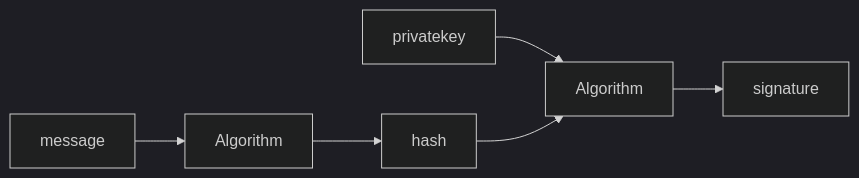
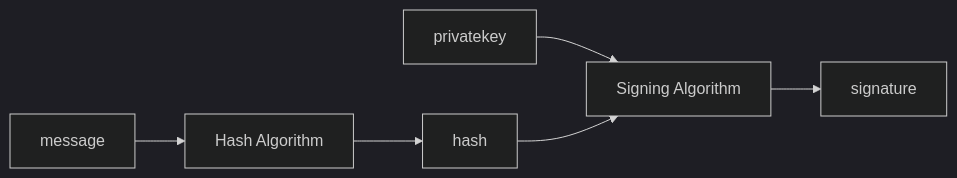
One commit to namaewafaisal/Obsidian_Vault changed the second of 2 diagrams in CyberSecurity CS50.md. Above: the diagram before and after it, drawn with Mermaid (dark theme). The commit also changed other lines of this file, not shown here.

````diff
--- a/CyberSecurity CS50.md
+++ b/CyberSecurity CS50.md
@@ -483,8 +675,8 @@
 ```mermaid
 graph LR
-message --> A[Algorithm]
+message --> A[Hash Algorithm]
 A --> hash
-privatekey --> B[Algorithm]
+privatekey --> B[Signing Algorithm]
 hash --> B
 B --> signature
 ```
````
